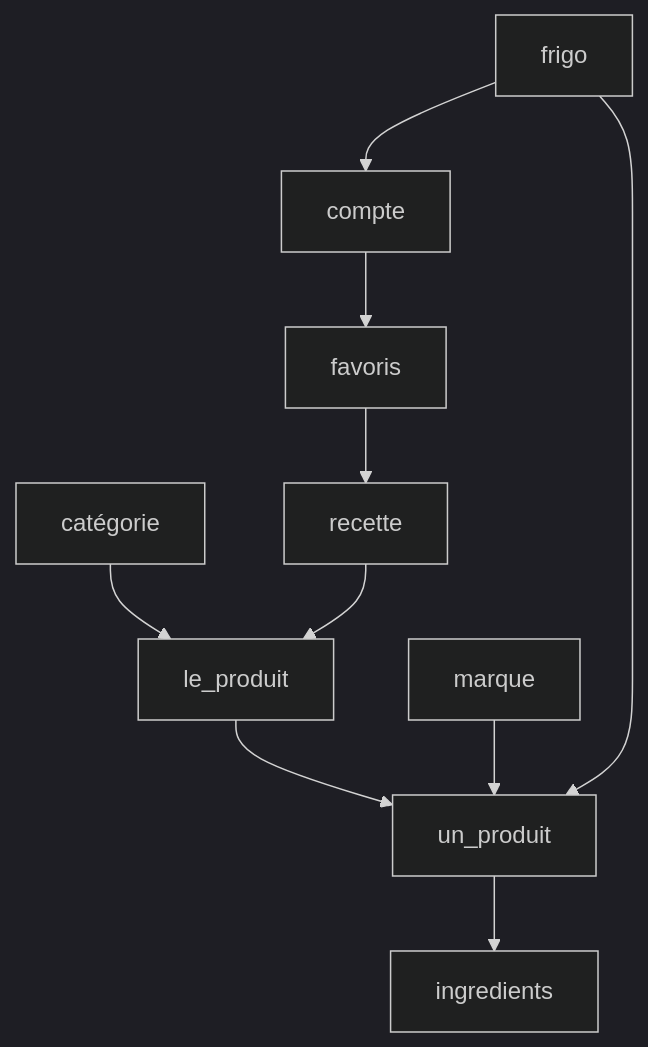
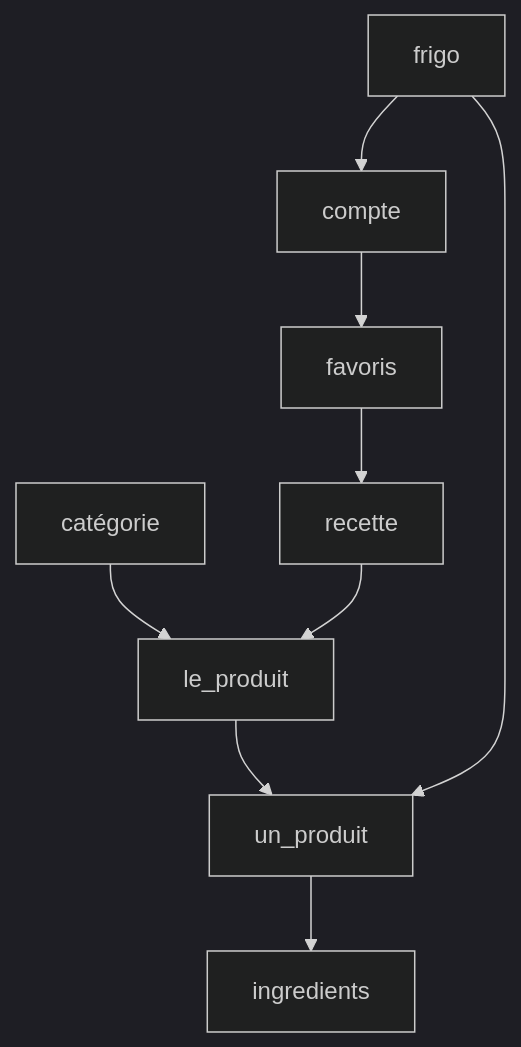
One commit to GitLost-sudo/Scaneat changed the first of 3 diagrams in readme.md. Above: the diagram before and after it, drawn with Mermaid (dark theme). The commit also changed other lines of this file, not shown here.

````diff
--- a/readme.md
+++ b/readme.md
@@ -45,12 +45,11 @@
 ``` mermaid
 flowchart
 le_produit --> un_produit
-marque --> un_produit
 catégorie --> le_produit
 frigo --> un_produit
 frigo --> compte
 compte --> favoris
 recette --> le_produit
 un_produit --> ingredients
 favoris --> recette
 ```
````
